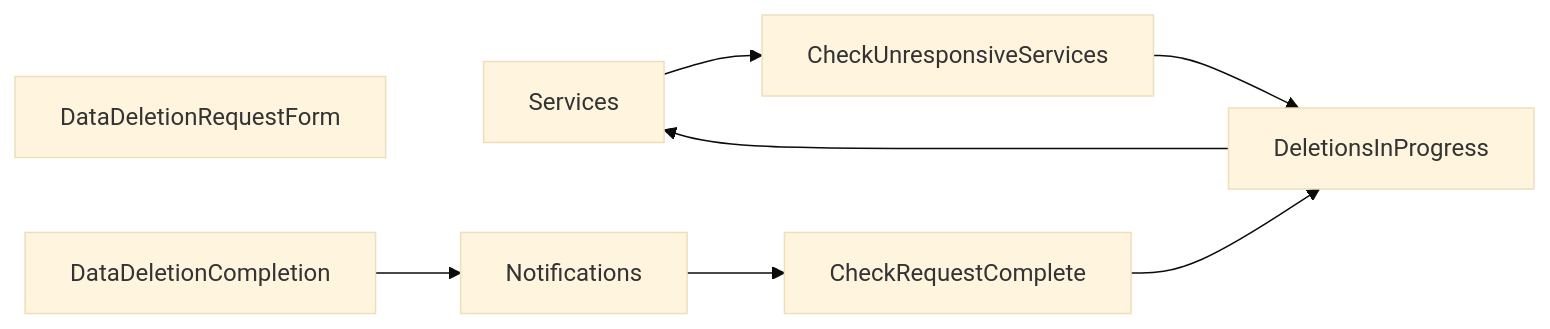
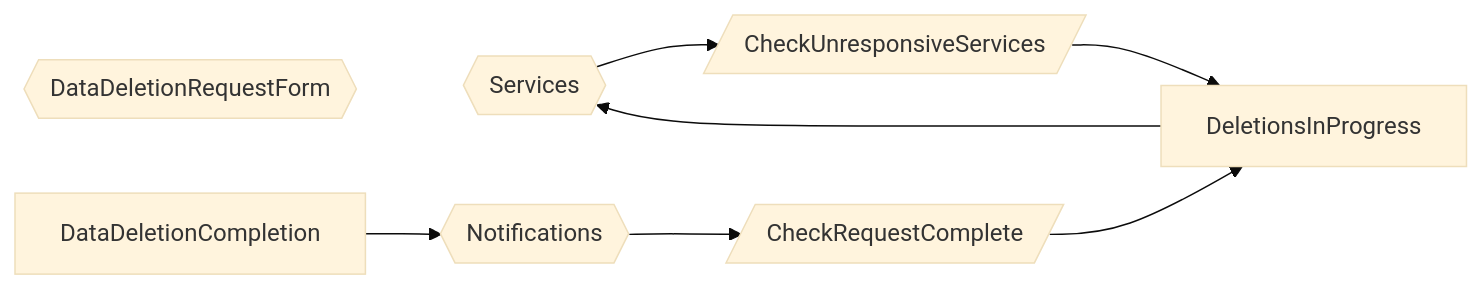
Before and after one commit to setms/book: the diagram in docs/examples/gdpr/index.md, drawn with Mermaid (base theme). The commit also changed 9 other files, not shown here.

````diff
--- a/docs/examples/gdpr/index.md
+++ b/docs/examples/gdpr/index.md
@@ -98,17 +98,17 @@
 ```mermaid
 flowchart LR
-  F[DataDeletionRequestForm]
-  S[Services]
-  N[Notifications]
-  CUS[CheckUnresponsiveServices]
-  CRC[CheckRequestComplete]
+  F{{DataDeletionRequestForm}}
+  S{{Services}}
+  N{{Notifications}}
+  CUS[/CheckUnresponsiveServices/]
+  CRC[/CheckRequestComplete/]
   DIP[DeletionsInProgress]
   DDC[DataDeletionCompletion]
 
   S --> CUS
   CUS --> DIP
   DIP --> S
   DDC --> N
   N --> CRC
   CRC --> DIP
 ```
````
